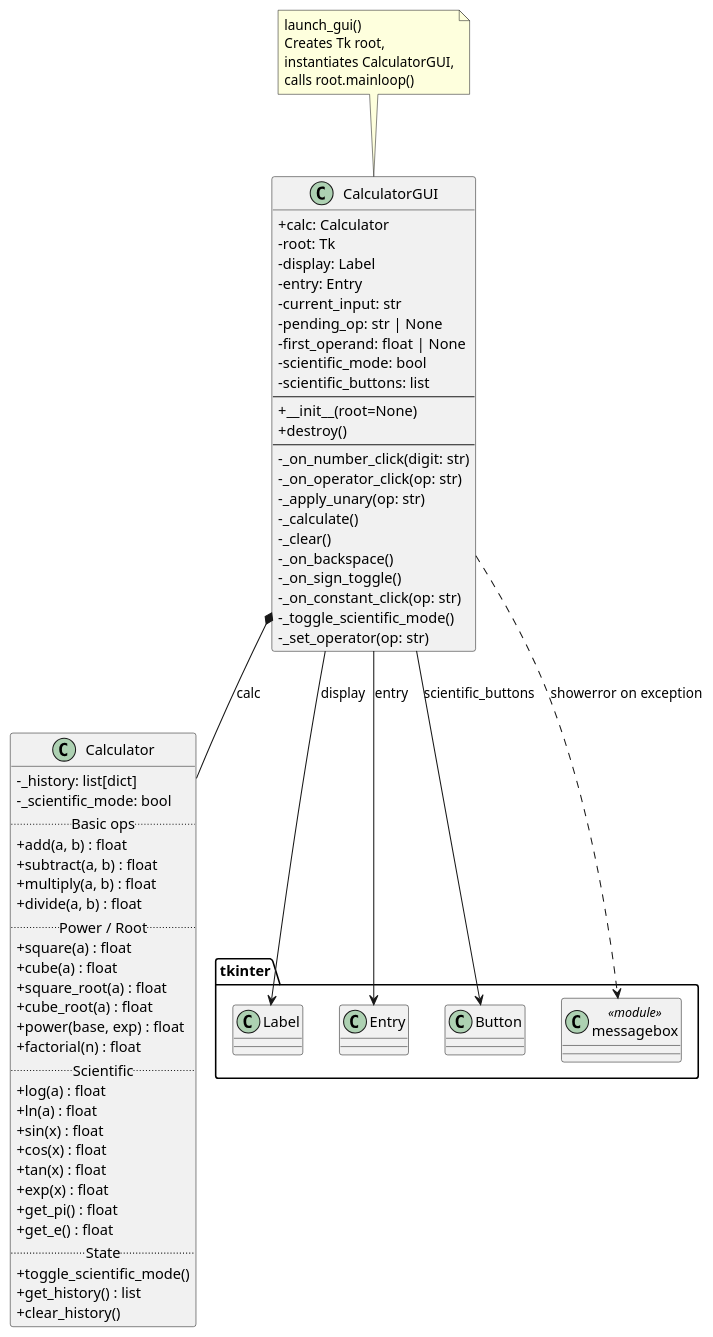
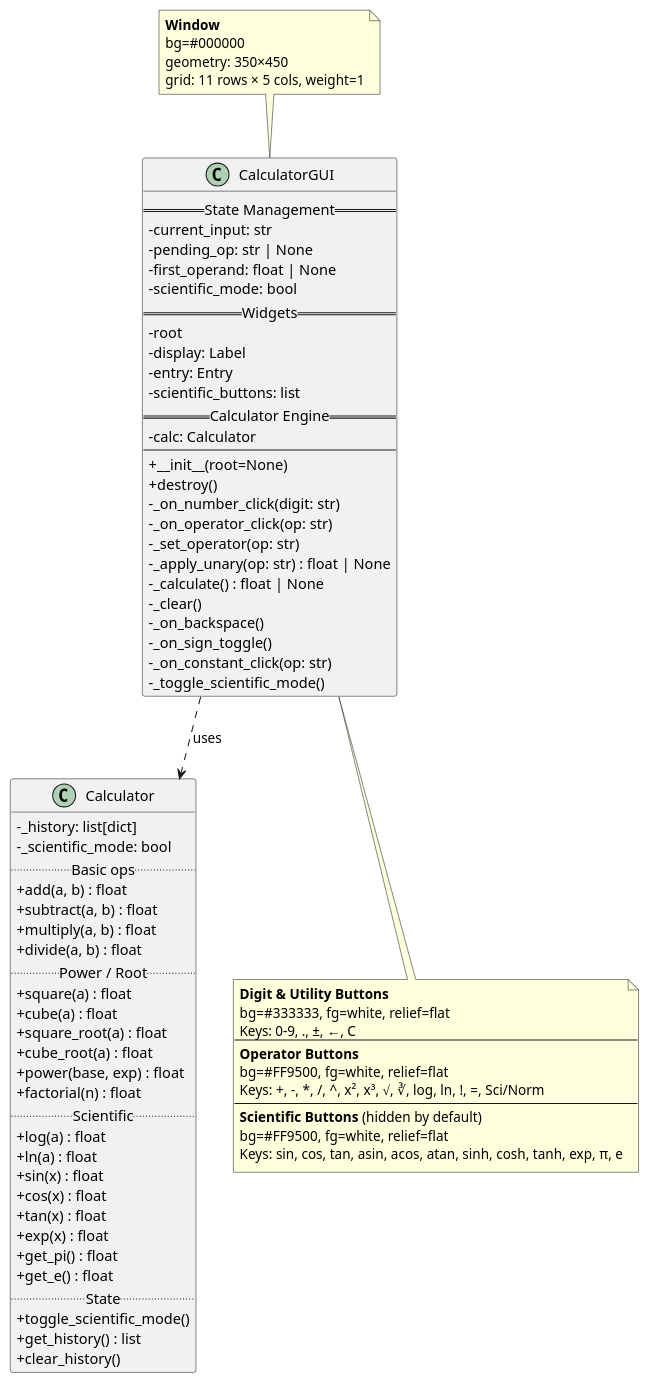
Before and after one commit to DanielRiha8906/Calculator_bachelor_autoevolution_team: the diagram in artifacts/class_gui.puml, drawn with PlantUML. The commit also changed 3 other files, not shown here.

Commit message:
chore: update PlantUML diagrams

```diff
--- a/artifacts/class_gui.puml
+++ b/artifacts/class_gui.puml
@@ -1,82 +1,85 @@
 @startuml
 skinparam classAttributeIconSize 0
-
-package "tkinter" {
-  class Label
-  class Entry
-  class Button
-  class messagebox <<module>>
-}
 
 class Calculator {
   -_history: list[dict]
   -_scientific_mode: bool
   .. Basic ops ..
   +add(a, b) : float
   +subtract(a, b) : float
   +multiply(a, b) : float
   +divide(a, b) : float
   .. Power / Root ..
   +square(a) : float
   +cube(a) : float
   +square_root(a) : float
   +cube_root(a) : float
   +power(base, exp) : float
   +factorial(n) : float
   .. Scientific ..
   +log(a) : float
   +ln(a) : float
   +sin(x) : float
   +cos(x) : float
   +tan(x) : float
   +exp(x) : float
   +get_pi() : float
   +get_e() : float
   .. State ..
   +toggle_scientific_mode()
   +get_history() : list
   +clear_history()
 }
 
 class CalculatorGUI {
-  +calc: Calculator
-  -root: Tk
-  -display: Label
-  -entry: Entry
+  == State Management ==
   -current_input: str
   -pending_op: str | None
   -first_operand: float | None
   -scientific_mode: bool
+  == Widgets ==
+  -root
+  -display: Label
+  -entry: Entry
   -scientific_buttons: list
+  == Calculator Engine ==
+  -calc: Calculator
   --
   +__init__(root=None)
   +destroy()
-  --
   -_on_number_click(digit: str)
   -_on_operator_click(op: str)
-  -_apply_unary(op: str)
-  -_calculate()
+  -_set_operator(op: str)
+  -_apply_unary(op: str) : float | None
+  -_calculate() : float | None
   -_clear()
   -_on_backspace()
   -_on_sign_toggle()
   -_on_constant_click(op: str)
   -_toggle_scientific_mode()
-  -_set_operator(op: str)
 }
 
-note as launch_note
-  launch_gui()
-  Creates Tk root,
-  instantiates CalculatorGUI,
-  calls root.mainloop()
+note bottom of CalculatorGUI
+  **Digit & Utility Buttons**
+  bg=#333333, fg=white, relief=flat
+  Keys: 0-9, ., ±, ←, C
+  ---
+  **Operator Buttons**
+  bg=#FF9500, fg=white, relief=flat
+  Keys: +, -, *, /, ^, x², x³, √, ∛, log, ln, !, =, Sci/Norm
+  ---
+  **Scientific Buttons** (hidden by default)
+  bg=#FF9500, fg=white, relief=flat
+  Keys: sin, cos, tan, asin, acos, atan, sinh, cosh, tanh, exp, π, e
 end note
 
-CalculatorGUI *-- Calculator : calc
-CalculatorGUI --> Label : display
-CalculatorGUI --> Entry : entry
-CalculatorGUI --> Button : scientific_buttons
-CalculatorGUI ..> messagebox : showerror on exception
+note top of CalculatorGUI
+  **Window**
+  bg=#000000
+  geometry: 350×450
+  grid: 11 rows × 5 cols, weight=1
+end note
 
-launch_note ..> CalculatorGUI : creates
+CalculatorGUI ..> Calculator : uses
 
 @enduml
```
